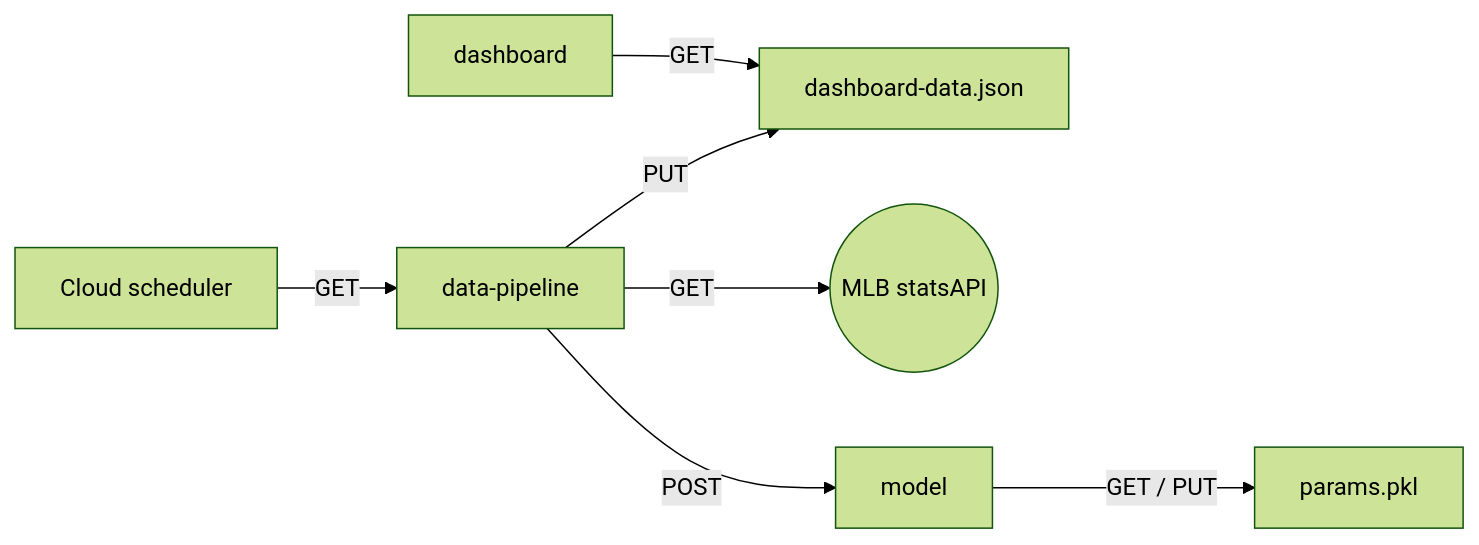
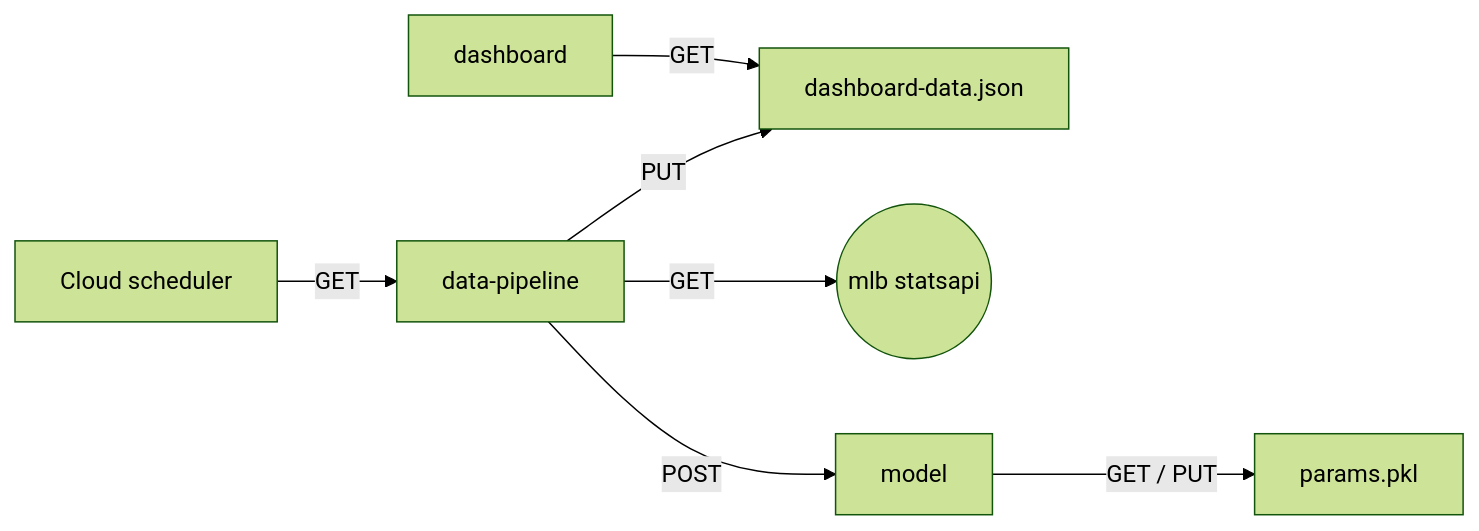
Before and after one commit to lanejere5/mlb: the diagram in README.md, drawn with Mermaid (forest theme).

````diff
--- a/README.md
+++ b/README.md
@@ -16,9 +16,9 @@
 ```mermaid
   graph LR
     A[dashboard] -- GET --> B[dashboard-data.json]
     C[data-pipeline] -- PUT --> B
-    C -- GET --> D((MLB statsAPI))
+    C -- GET --> D((mlb statsapi))
     C -- POST --> E[model]
     E -- GET / PUT --> F[params.pkl]
     G[Cloud scheduler] -- GET --> C
 ```
````
